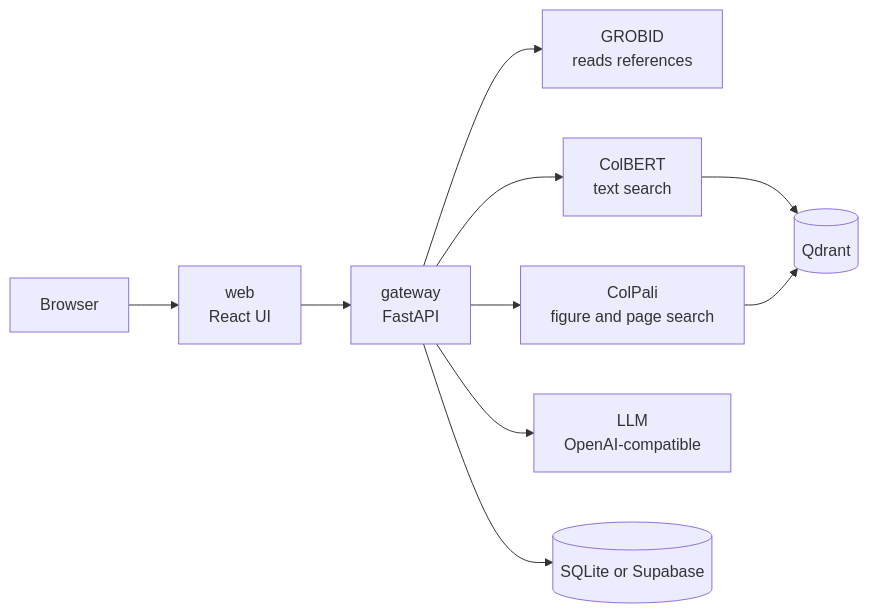
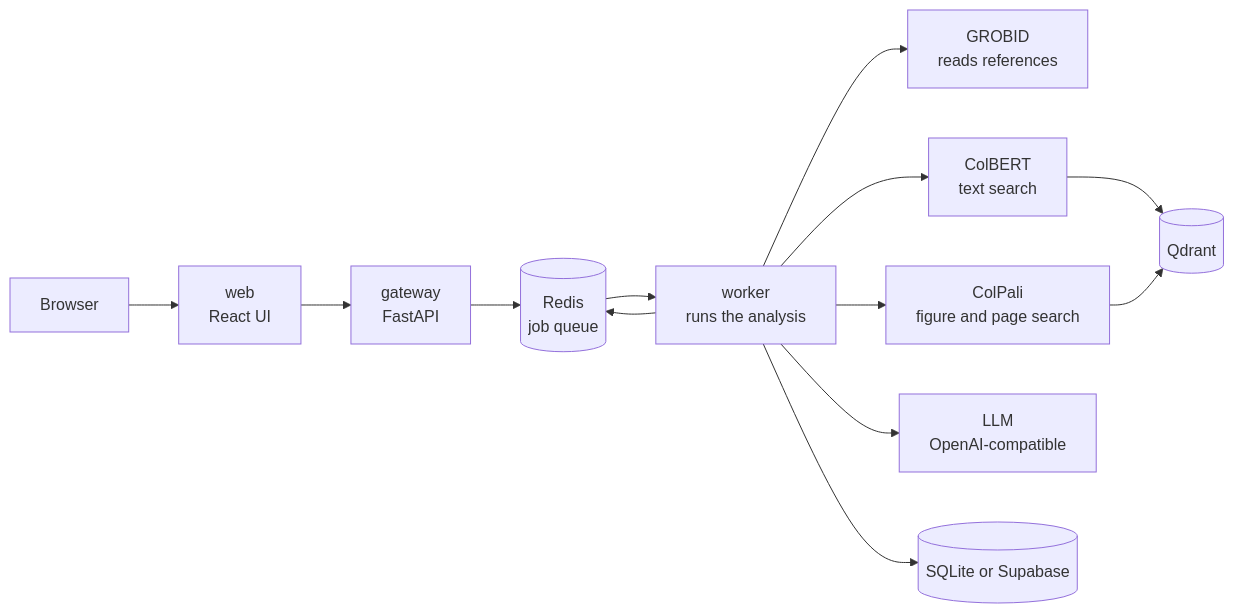
One commit to ZenithGeeks/SecretSource-prototype changed the first of 5 diagrams in ARCHITECTURE.md. Above: the diagram before and after it, drawn with Mermaid. The commit also changed other lines of this file and 2 other files, not shown here.

First line of the commit message:
docs(SCRUM-167): describe the queue, worker, and monitoring in production

````diff
--- a/ARCHITECTURE.md
+++ b/ARCHITECTURE.md
@@ -8,12 +8,15 @@
 ```mermaid
 flowchart LR
     B["Browser"] --> W["web<br/>React UI"]
     W --> G["gateway<br/>FastAPI"]
-    G --> GR["GROBID<br/>reads references"]
-    G --> CB["ColBERT<br/>text search"]
-    G --> CP["ColPali<br/>figure and page search"]
-    G --> L["LLM<br/>OpenAI-compatible"]
+    G --> R[("Redis<br/>job queue")]
+    R --> WK["worker<br/>runs the analysis"]
+    WK --> R
+    WK --> GR["GROBID<br/>reads references"]
+    WK --> CB["ColBERT<br/>text search"]
+    WK --> CP["ColPali<br/>figure and page search"]
+    WK --> L["LLM<br/>OpenAI-compatible"]
     CB --> Q[("Qdrant")]
     CP --> Q
-    G --> S[("SQLite or Supabase")]
+    WK --> S[("SQLite or Supabase")]
 ```
````
